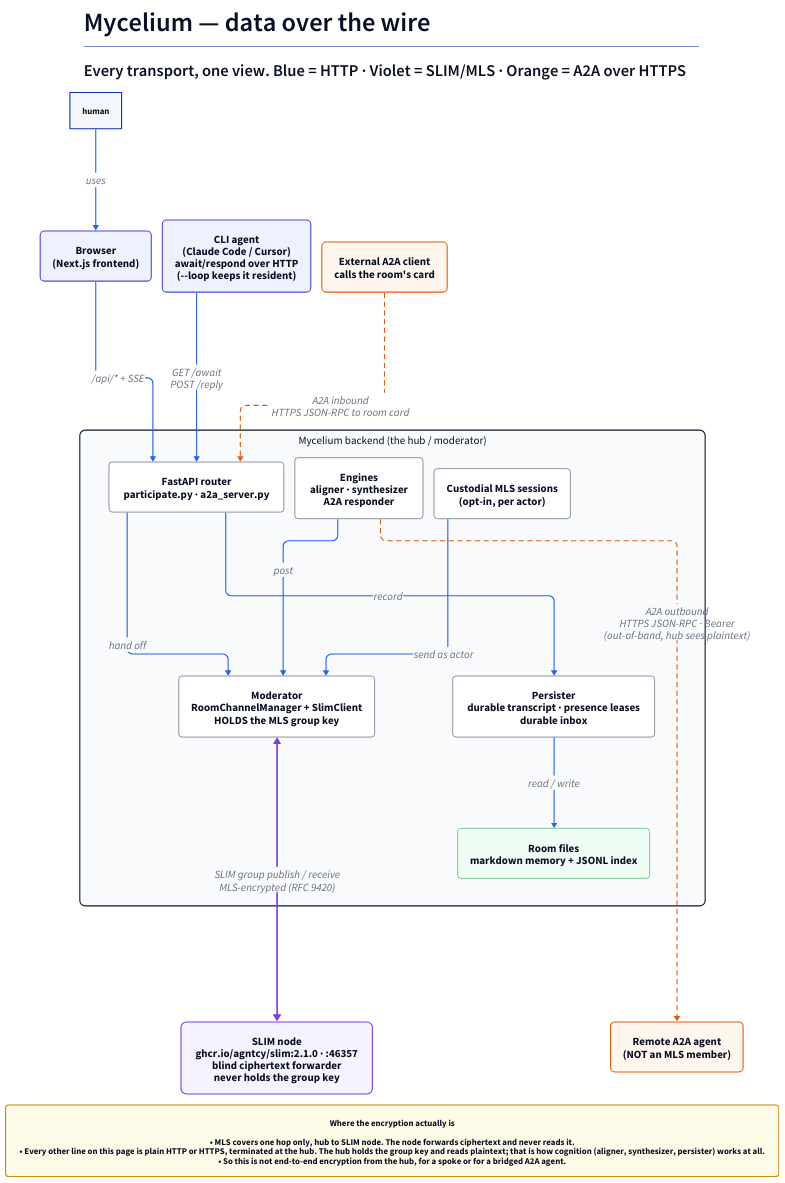
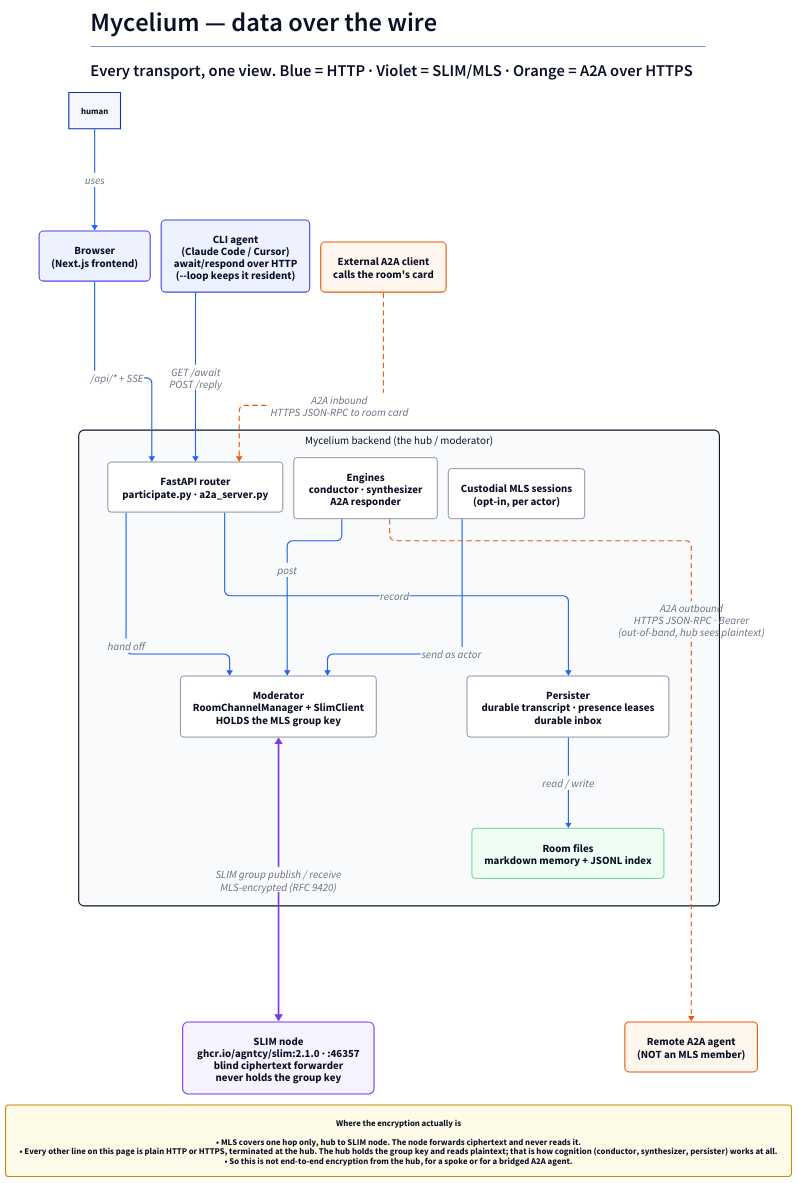
One commit to mycelium-io/mycelium changed the diagram in mycelium-cli/src/mycelium/docs/reference/diagrams/00-system-context.d2. Above: the diagram before and after it, drawn with D2. The commit also changed 231 other files, not shown here.

Commit message:
Retire the aligner and remove NegMAS; negotiation is the conductor's concord and accord

```diff
--- a/mycelium-cli/src/mycelium/docs/reference/diagrams/00-system-context.d2
+++ b/mycelium-cli/src/mycelium/docs/reference/diagrams/00-system-context.d2
@@ -1,70 +1,70 @@
 # Mycelium — system context (thousand-foot view)
 # Rendered with D2. See README for the render command.
 
 vars: {
   d2-config: {
     layout-engine: elk
     theme-id: 0
   }
 }
 
 title: |md
   # Mycelium — data over the wire
   ### Every transport, one view. Blue = HTTP · Violet = SLIM/MLS · Orange = A2A over HTTPS
 | {near: top-center; style.font-size: 24}
 
 classes: {
   actor:   { style: { font-size: 20; fill: "#eef2ff"; stroke: "#4f46e5"; stroke-width: 2; border-radius: 8 } }
   hub:     { style: { font-size: 20; fill: "#f8fafc"; stroke: "#0f172a"; stroke-width: 2; border-radius: 10 } }
   comp:    { style: { font-size: 20; fill: "#ffffff"; stroke: "#334155"; stroke-width: 1; border-radius: 6 } }
   fabric:  { style: { font-size: 20; fill: "#f5f3ff"; stroke: "#7c3aed"; stroke-width: 2; border-radius: 10 } }
   external:{ style: { font-size: 20; fill: "#fff7ed"; stroke: "#ea580c"; stroke-width: 2; border-radius: 8 } }
   store:   { style: { font-size: 20; fill: "#f0fdf4"; stroke: "#16a34a"; stroke-width: 1; border-radius: 6 } }
   http:    { style: { font-size: 20; stroke: "#2563eb"; stroke-width: 2 } }
   slim:    { style: { font-size: 20; stroke: "#7c3aed"; stroke-width: 3 } }
   a2a:     { style: { font-size: 20; stroke: "#ea580c"; stroke-width: 2; stroke-dash: 4 } }
   note:    { style: { fill: "#fefce8"; stroke: "#ca8a04"; font-size: 16; border-radius: 6 } }
 }
 
 # ---- Humans + agents (thin clients: they speak HTTP only) ----
 browser: Browser\n(Next.js frontend) {class: actor}
 cli_turn: CLI agent\n(Claude Code / Cursor)\nawait/respond over HTTP\n(--loop keeps it resident) {class: actor}
 
 # ---- The hub: the only thing that speaks SLIM ----
 hub: Mycelium backend  (the hub / moderator) {
   class: hub
   router: FastAPI router\nparticipate.py · a2a_server.py {class: comp}
   moderator: Moderator\nRoomChannelManager + SlimClient\nHOLDS the MLS group key {class: comp}
   persister: Persister\ndurable transcript · presence leases\ndurable inbox {class: comp}
-  engines: Engines\naligner · synthesizer\nA2A responder {class: comp}
+  engines: Engines\nconductor · synthesizer\nA2A responder {class: comp}
   custody: Custodial MLS sessions\n(opt-in, per actor) {class: comp}
   files: Room files\nmarkdown memory + JSONL index {class: store}
 }
 
 # ---- The fabric ----
 slim: SLIM node\nghcr.io/agntcy/slim:2.1.0 · :46357\nblind ciphertext forwarder\nnever holds the group key {class: fabric}
 
 # ---- External A2A ----
 remote: Remote A2A agent\n(NOT an MLS member) {class: external}
 ext_client: External A2A client\ncalls the room's card {class: external}
 
 # ---- Edges: thin clients -> hub over HTTP ----
 human -> browser: uses {class: http}
 browser -> hub.router: /api/* + SSE {class: http}
 cli_turn -> hub.router: GET /await\nPOST /reply {class: http}
 
 # ---- Inside the hub ----
 hub.router -> hub.moderator: hand off {class: http}
 hub.router -> hub.persister: record {class: http}
 hub.engines -> hub.moderator: post {class: http}
 hub.persister -> hub.files: read / write {class: http}
 hub.custody -> hub.moderator: send as actor {class: http}
 
 # ---- Hub <-> SLIM (the only SLIM hop in the single-hub topology) ----
 hub.moderator <-> slim: SLIM group publish / receive\nMLS-encrypted (RFC 9420) {class: slim}
 
 # ---- A2A: the hops that BYPASS the SLIM node ----
 hub.engines -> remote: A2A outbound\nHTTPS JSON-RPC · Bearer\n(out-of-band, hub sees plaintext) {class: a2a}
 ext_client -> hub.router: A2A inbound\nHTTPS JSON-RPC to room card {class: a2a}
 
-boundary_note: "Where the encryption actually is\n\n• MLS covers one hop only, hub to SLIM node. The node forwards ciphertext and never reads it.\n• Every other line on this page is plain HTTP or HTTPS, terminated at the hub. The hub holds the group key and reads plaintext; that is how cognition (aligner, synthesizer, persister) works at all.\n• So this is not end-to-end encryption from the hub, for a spoke or for a bridged A2A agent." {class: note; near: bottom-center}
+boundary_note: "Where the encryption actually is\n\n• MLS covers one hop only, hub to SLIM node. The node forwards ciphertext and never reads it.\n• Every other line on this page is plain HTTP or HTTPS, terminated at the hub. The hub holds the group key and reads plaintext; that is how cognition (conductor, synthesizer, persister) works at all.\n• So this is not end-to-end encryption from the hub, for a spoke or for a bridged A2A agent." {class: note; near: bottom-center}
```
